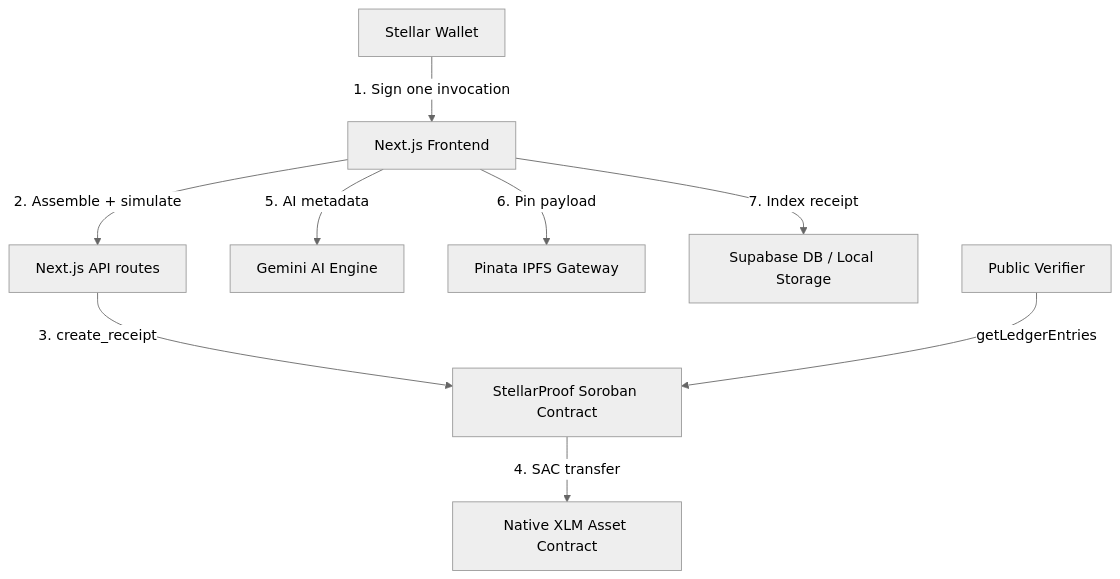
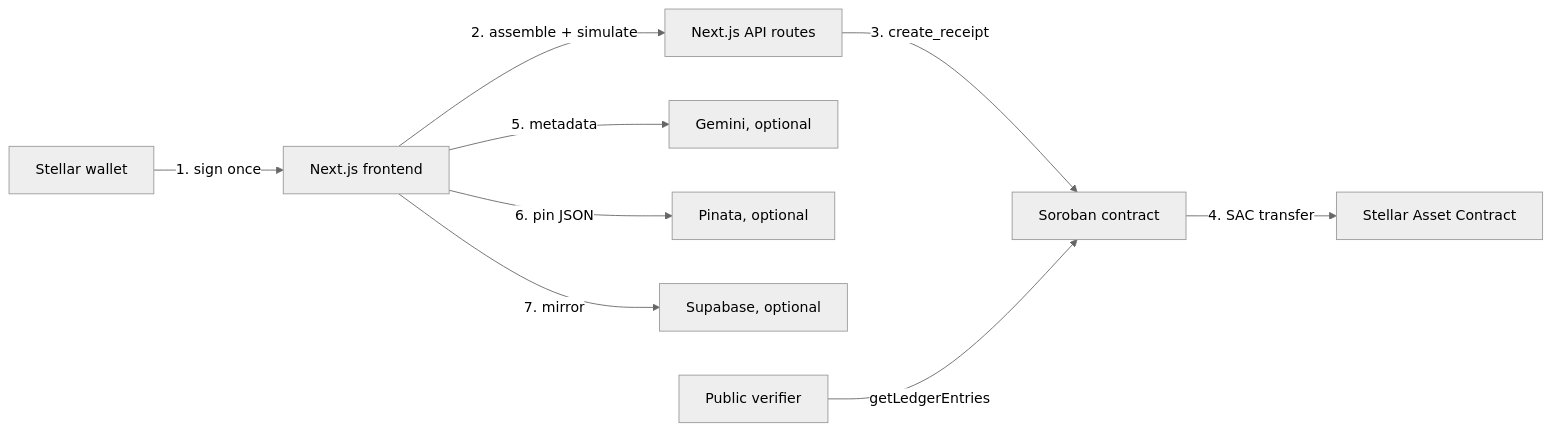
One commit to ProofPal/stellar-proof changed the diagram in README.md. Above: the diagram before and after it, drawn with Mermaid (neutral theme). The commit also changed other lines of this file and 18 other files, not shown here.

````diff
--- a/README.md
+++ b/README.md
@@ -25,11 +53,11 @@
 ```mermaid
-graph TD
-    User[Stellar Wallet] -->|1. Sign one invocation| FE[Next.js Frontend]
-    FE -->|2. Assemble + simulate| API[Next.js API routes]
-    API -->|3. create_receipt| Soroban[StellarProof Soroban Contract]
-    Soroban -->|4. SAC transfer| XLM[Native XLM Asset Contract]
-    FE -->|5. AI metadata| Gemini[Gemini AI Engine]
-    FE -->|6. Pin payload| Pinata[Pinata IPFS Gateway]
-    FE -->|7. Index receipt| Supabase[Supabase DB / Local Storage]
-    Verifier[Public Verifier] -->|getLedgerEntries| Soroban
+flowchart LR
+    U[Stellar wallet] -->|1. sign once| FE[Next.js frontend]
+    FE -->|2. assemble + simulate| API[Next.js API routes]
+    API -->|3. create_receipt| S[Soroban contract]
+    S -->|4. SAC transfer| T[Stellar Asset Contract]
+    FE -->|5. metadata| AI[Gemini, optional]
+    FE -->|6. pin JSON| IPFS[Pinata, optional]
+    FE -->|7. mirror| DB[Supabase, optional]
+    V[Public verifier] -->|getLedgerEntries| S
 ```
````
